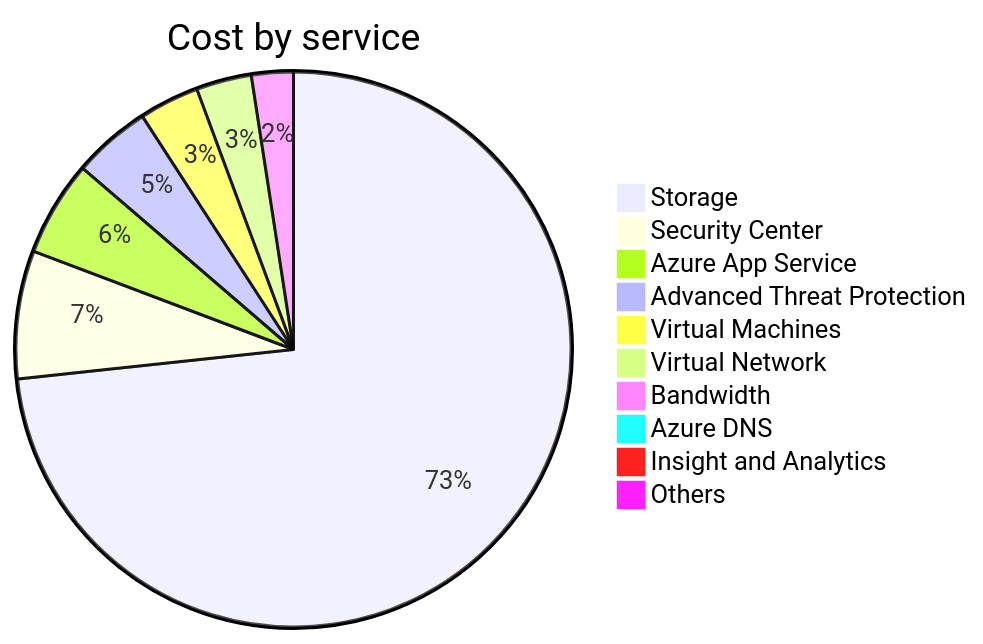
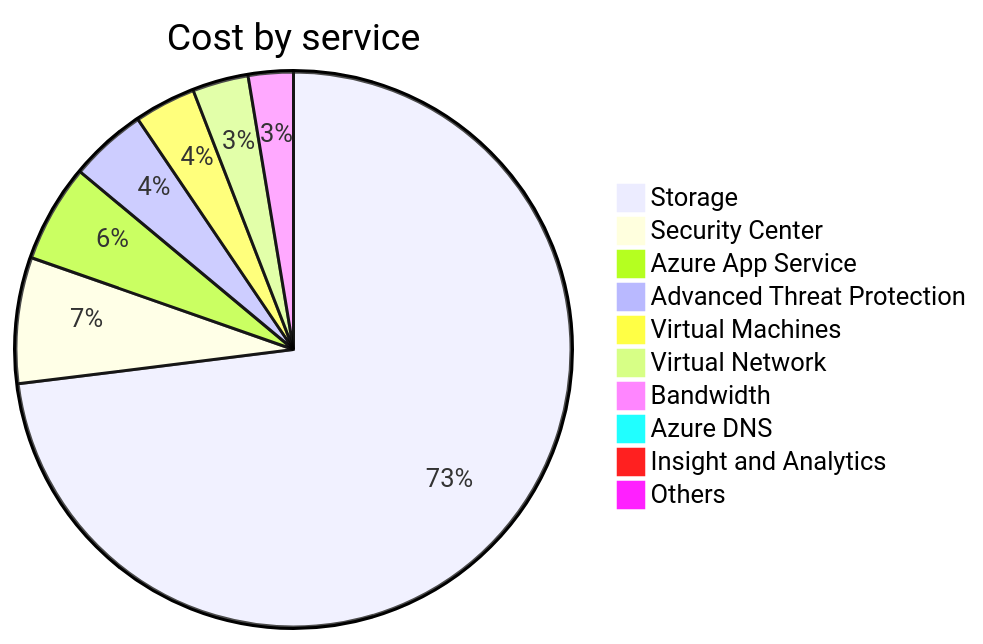
One commit to jpfulton/azure-personal-reports changed the second of 4 diagrams in cost-reports/accumulated-cost.md. Above: the diagram before and after it, drawn with Mermaid. The commit also changed other lines of this file and 4 other files, not shown here.

````diff
--- a/cost-reports/accumulated-cost.md
+++ b/cost-reports/accumulated-cost.md
@@ -102,14 +102,14 @@
 ```mermaid
 pie
    title Cost by service
-   "Storage" : 194.57
+   "Storage" : 196.81
    "Security Center" : 19.78
-   "Azure App Service" : 14.74
-   "Advanced Threat Protection" : 12.06
-   "Virtual Machines" : 9.28
-   "Virtual Network" : 8.55
-   "Bandwidth" : 6.46
-   "Azure DNS" : 1.22
+   "Azure App Service" : 15.34
+   "Advanced Threat Protection" : 12.09
+   "Virtual Machines" : 9.65
+   "Virtual Network" : 8.78
+   "Bandwidth" : 7.06
+   "Azure DNS" : 1.27
    "Insight and Analytics" : 0.00
    "Others" : 0.00
 ```
````
